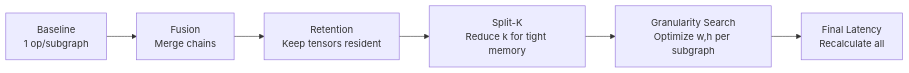
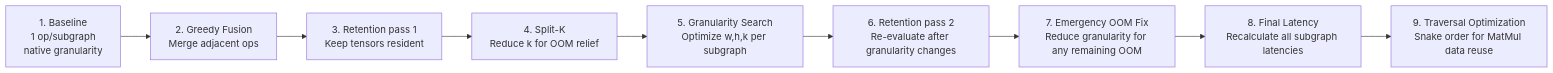
The fourth of 4 diagrams in solution/docs/architecture/data-flow.md (melroyanthony/MLSys), drawn with Mermaid before and after one commit. The commit also changed other lines of this file and 14 other files, not shown here.

````diff
--- a/solution/docs/architecture/data-flow.md
+++ b/solution/docs/architecture/data-flow.md
@@ -131,8 +131,14 @@
 ```mermaid
 flowchart LR
-    Baseline[Baseline<br>1 op/subgraph] --> Fusion[Fusion<br>Merge chains]
-    Fusion --> Retention[Retention<br>Keep tensors resident]
-    Retention --> SplitK[Split-K<br>Reduce k for tight memory]
-    SplitK --> Granularity[Granularity Search<br>Optimize w,h per subgraph]
-    Granularity --> FinalLatency[Final Latency<br>Recalculate all]
+    S1[1. Baseline<br>1 op/subgraph<br>native granularity]
+    S2[2. Greedy Fusion<br>Merge adjacent ops]
+    S3[3. Retention pass 1<br>Keep tensors resident]
+    S4[4. Split-K<br>Reduce k for OOM relief]
+    S5[5. Granularity Search<br>Optimize w,h,k per subgraph]
+    S6[6. Retention pass 2<br>Re-evaluate after granularity changes]
+    S7[7. Emergency OOM Fix<br>Reduce granularity for any remaining OOM]
+    S8[8. Final Latency<br>Recalculate all subgraph latencies]
+    S9[9. Traversal Optimization<br>Snake order for MatMul data reuse]
+
+    S1 --> S2 --> S3 --> S4 --> S5 --> S6 --> S7 --> S8 --> S9
 ```
````
